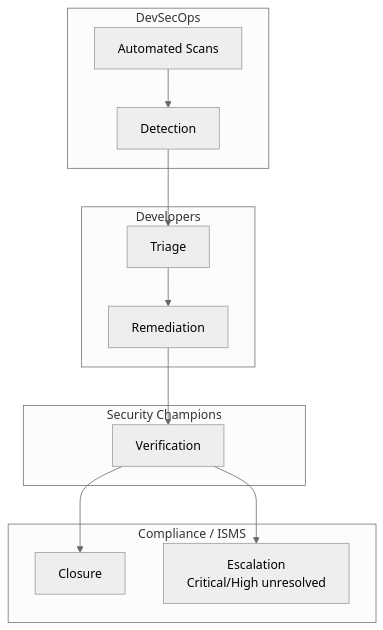
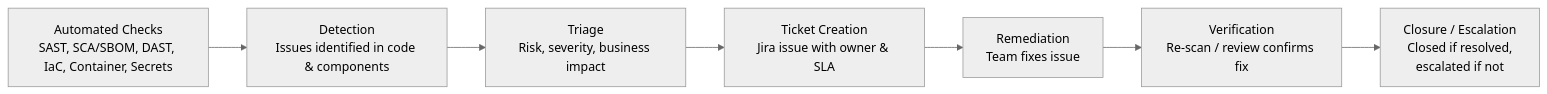
Before and after one commit to Mynkskhr/Mapping: the third of 3 diagrams in inDev.md, drawn with Mermaid (neutral theme).

````diff
--- a/inDev.md
+++ b/inDev.md
@@ -38,26 +38,16 @@
 ```mermaid
-flowchart TB
 
-    subgraph DevSecOps[DevSecOps]
-        A[Automated Scans]
-        B[Detection]
-    end
+flowchart LR
 
-    subgraph Developers[Developers]
-        C[Triage]
-        D[Remediation]
-    end
+    A[Automated Checks<br>SAST, SCA/SBOM, DAST, IaC, Container, Secrets]
+    B[Detection<br>Issues identified in code & components]
+    C[Triage<br>Risk, severity, business impact]
+    D[Ticket Creation<br>Jira issue with owner & SLA]
+    E[Remediation<br>Team fixes issue]
+    F[Verification<br>Re-scan / review confirms fix]
+    G[Closure / Escalation<br>Closed if resolved,<br>escalated if not]
 
-    subgraph SecurityChampions[Security Champions]
-        E[Verification]
-    end
+    A --> B --> C --> D --> E --> F --> G
 
-    subgraph Compliance[Compliance / ISMS]
-        F[Closure]
-        G[Escalation<br>Critical/High unresolved]
-    end
-
-    A --> B --> C --> D --> E --> F
-    E --> G
 
 ```
````
